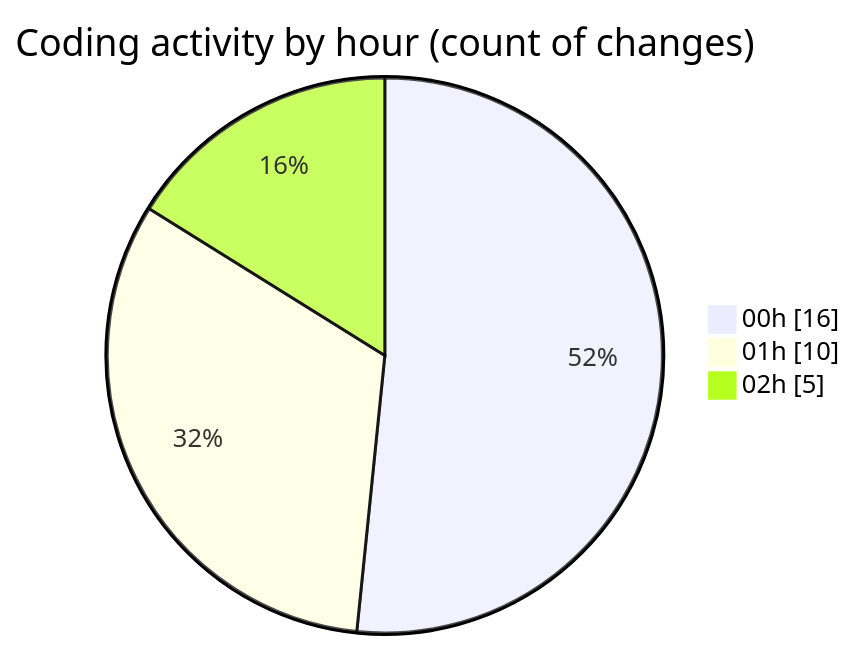
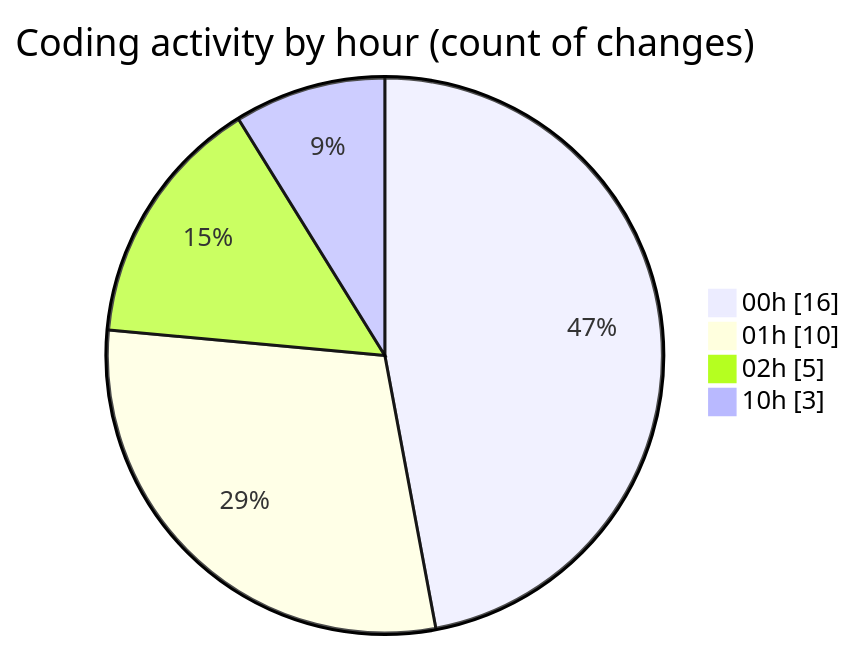
The second of 2 diagrams in 2025-11-01/weather_insights_app/README.md (donsfak/code-tracking), drawn with Mermaid before and after one commit. The commit also changed other lines of this file and 1 other file, not shown here.

````diff
--- a/2025-11-01/weather_insights_app/README.md
+++ b/2025-11-01/weather_insights_app/README.md
@@ -38,7 +40,8 @@
 ```mermaid
 pie showData
 title Coding activity by hour (count of changes)
 "00h" : 16
 "01h" : 10
 "02h" : 5
+"10h" : 3
 ```
````
